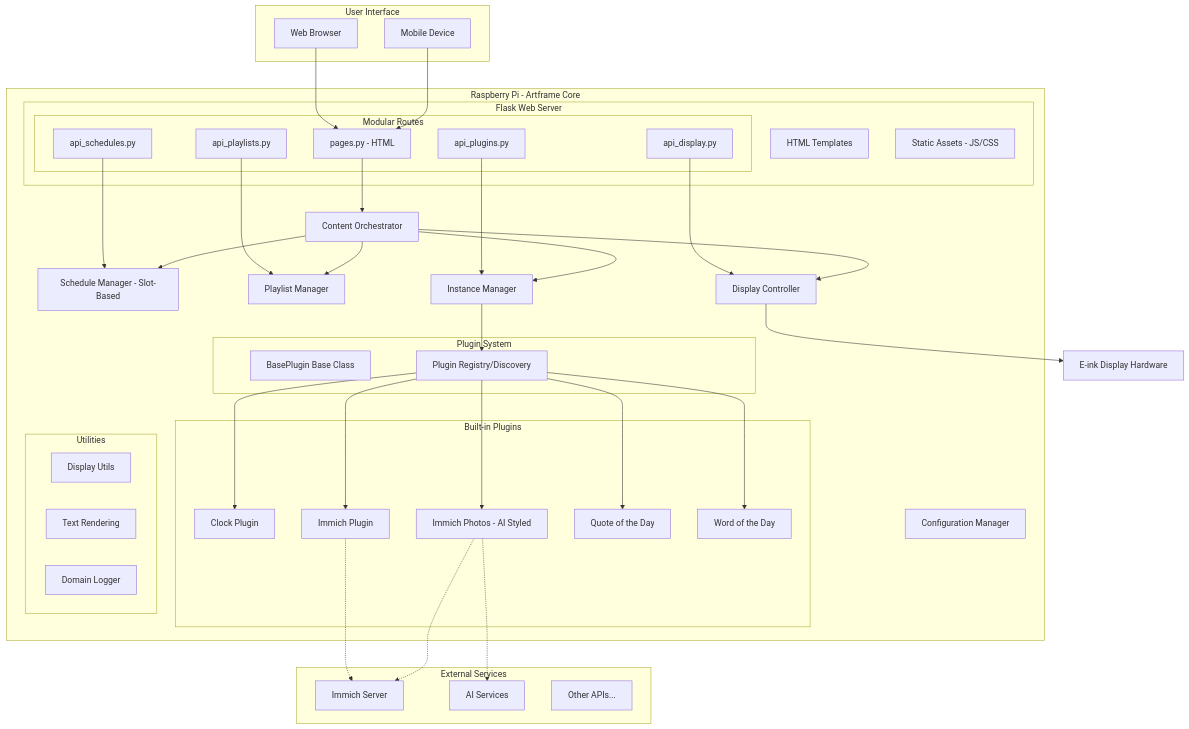
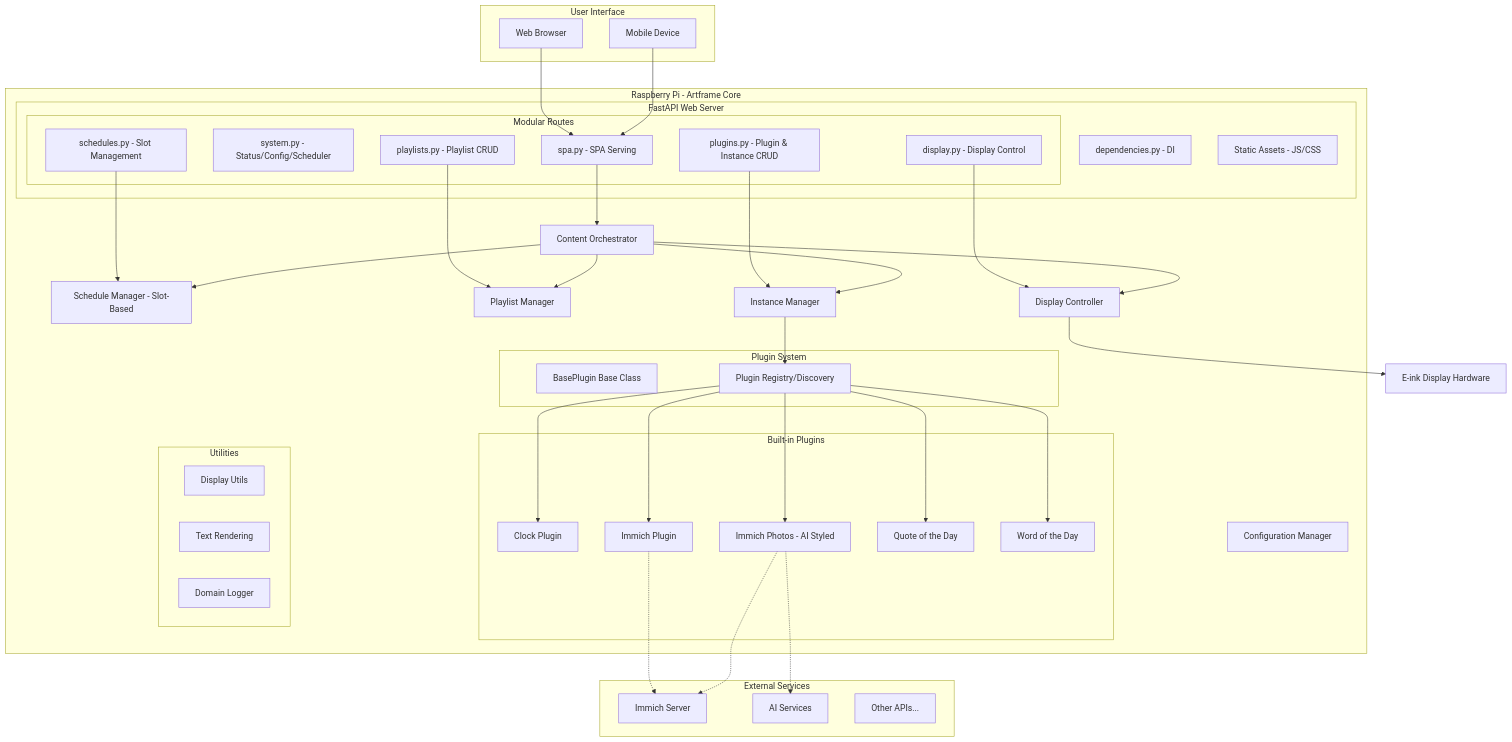
The first of 3 diagrams in technical-spec.md (sixthshift/artframe), drawn with Mermaid before and after one commit. The commit also changed other lines of this file and 11 other files, not shown here.

First line of the commit message:
refactor(web): restructure routes with FastAPI dependency injection

````diff
--- a/technical-spec.md
+++ b/technical-spec.md
@@ -204,81 +204,82 @@
 ```mermaid
 graph TB
     subgraph "User Interface"
         BROWSER[Web Browser]
         MOBILE[Mobile Device]
     end
 
     subgraph "Raspberry Pi - Artframe Core"
-        subgraph "Flask Web Server"
+        subgraph "FastAPI Web Server"
             subgraph "Modular Routes"
-                PAGES[pages.py - HTML]
-                APIPLUGINS[api_plugins.py]
-                APISCHEDULES[api_schedules.py]
-                APIPLAYLISTS[api_playlists.py]
-                APIDISPLAY[api_display.py]
+                SPA[spa.py - SPA Serving]
+                SYSTEM[system.py - Status/Config/Scheduler]
+                PLUGINS[plugins.py - Plugin & Instance CRUD]
+                SCHEDULES[schedules.py - Slot Management]
+                PLAYLISTS[playlists.py - Playlist CRUD]
+                DISPLAY[display.py - Display Control]
             end
-            TEMPLATES[HTML Templates]
+            DEPS[dependencies.py - DI]
             STATIC[Static Assets - JS/CSS]
         end
 
         ORCHESTRATOR[Content Orchestrator]
         SCHEDULEMGR[Schedule Manager - Slot-Based]
         PLAYLISTMGR[Playlist Manager]
         INSTANCEMGR[Instance Manager]
         CONFIG[Configuration Manager]
-        DISPLAY[Display Controller]
+        DISPLAYCTRL[Display Controller]
 
         subgraph "Plugin System"
             PLUGINBASE[BasePlugin Base Class]
             PLUGINREGISTRY[Plugin Registry/Discovery]
         end
 
         subgraph "Built-in Plugins"
             CLOCKPLUGIN[Clock Plugin]
             IMMICHPLUGIN[Immich Plugin]
             IMMICHSTYLE[Immich Photos - AI Styled]
             QUOTEPLUGIN[Quote of the Day]
             WORDPLUGIN[Word of the Day]
         end
 
         subgraph "Utilities"
             DISPLAYUTILS[Display Utils]
             TEXTRENDER[Text Rendering]
             LOGGER[Domain Logger]
         end
     end
 
     subgraph "External Services"
         IMMICH[Immich Server]
         AI[AI Services]
         OTHER[Other APIs...]
     end
 
     EPAPER[E-ink Display Hardware]
 
-    BROWSER --> PAGES
-    MOBILE --> PAGES
-    PAGES --> ORCHESTRATOR
-    APIPLUGINS --> INSTANCEMGR
-    APISCHEDULES --> SCHEDULEMGR
-    APIPLAYLISTS --> PLAYLISTMGR
-    APIDISPLAY --> DISPLAY
+    BROWSER --> SPA
+    MOBILE --> SPA
+    SPA --> ORCHESTRATOR
+    PLUGINS --> INSTANCEMGR
+    SCHEDULES --> SCHEDULEMGR
+    PLAYLISTS --> PLAYLISTMGR
+    DISPLAY --> DISPLAYCTRL
 
     ORCHESTRATOR --> SCHEDULEMGR
     ORCHESTRATOR --> PLAYLISTMGR
     ORCHESTRATOR --> INSTANCEMGR
-    ORCHESTRATOR --> DISPLAY
+    ORCHESTRATOR --> DISPLAYCTRL
     INSTANCEMGR --> PLUGINREGISTRY
 
     PLUGINREGISTRY --> CLOCKPLUGIN
     PLUGINREGISTRY --> IMMICHPLUGIN
     PLUGINREGISTRY --> IMMICHSTYLE
     PLUGINREGISTRY --> QUOTEPLUGIN
     PLUGINREGISTRY --> WORDPLUGIN
 
-    DISPLAY --> EPAPER
+    DISPLAYCTRL --> EPAPER
 
     IMMICHPLUGIN -.-> IMMICH
     IMMICHSTYLE -.-> IMMICH
     IMMICHSTYLE -.-> AI
 ```
````
